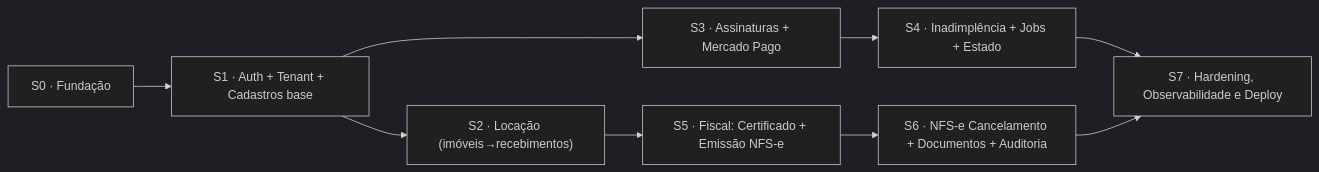
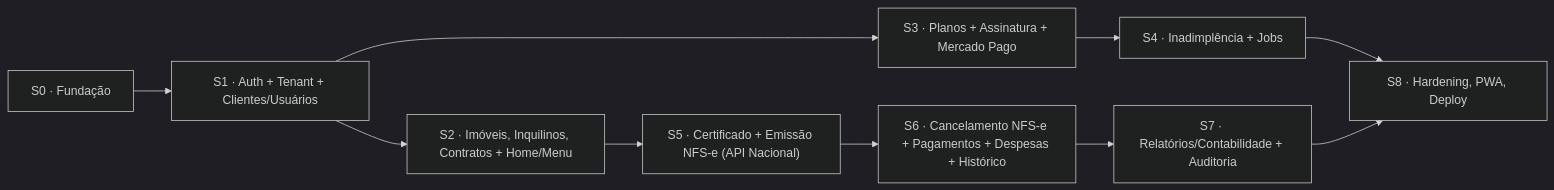
One commit to tthimoteo/app-aluguel changed the diagram in Docs/Arquitetura/09-Plano-de-Implementacao-Sprints.md. Above: the diagram before and after it, drawn with Mermaid (dark theme). The commit also changed other lines of this file and 12 other files, not shown here.

````diff
--- a/Docs/Arquitetura/09-Plano-de-Implementacao-Sprints.md
+++ b/Docs/Arquitetura/09-Plano-de-Implementacao-Sprints.md
@@ -7,11 +9,12 @@
 ```mermaid
 flowchart LR
-    S0["S0 · Fundação"] --> S1["S1 · Auth + Tenant + Cadastros base"]
-    S1 --> S2["S2 · Locação (imóveis→recebimentos)"]
-    S1 --> S3["S3 · Assinaturas + Mercado Pago"]
-    S3 --> S4["S4 · Inadimplência + Jobs + Estado"]
-    S2 --> S5["S5 · Fiscal: Certificado + Emissão NFS-e"]
-    S5 --> S6["S6 · NFS-e Cancelamento + Documentos + Auditoria"]
-    S4 --> S7["S7 · Hardening, Observabilidade e Deploy"]
-    S6 --> S7
+    S0["S0 · Fundação"] --> S1["S1 · Auth + Tenant + Clientes/Usuários"]
+    S1 --> S2["S2 · Imóveis, Inquilinos, Contratos + Home/Menu"]
+    S1 --> S3["S3 · Planos + Assinatura + Mercado Pago"]
+    S3 --> S4["S4 · Inadimplência + Jobs"]
+    S2 --> S5["S5 · Certificado + Emissão NFS-e (API Nacional)"]
+    S5 --> S6["S6 · Cancelamento NFS-e + Pagamentos + Despesas + Histórico"]
+    S6 --> S7["S7 · Relatórios/Contabilidade + Auditoria"]
+    S4 --> S8["S8 · Hardening, PWA, Deploy"]
+    S7 --> S8
 ```
````
